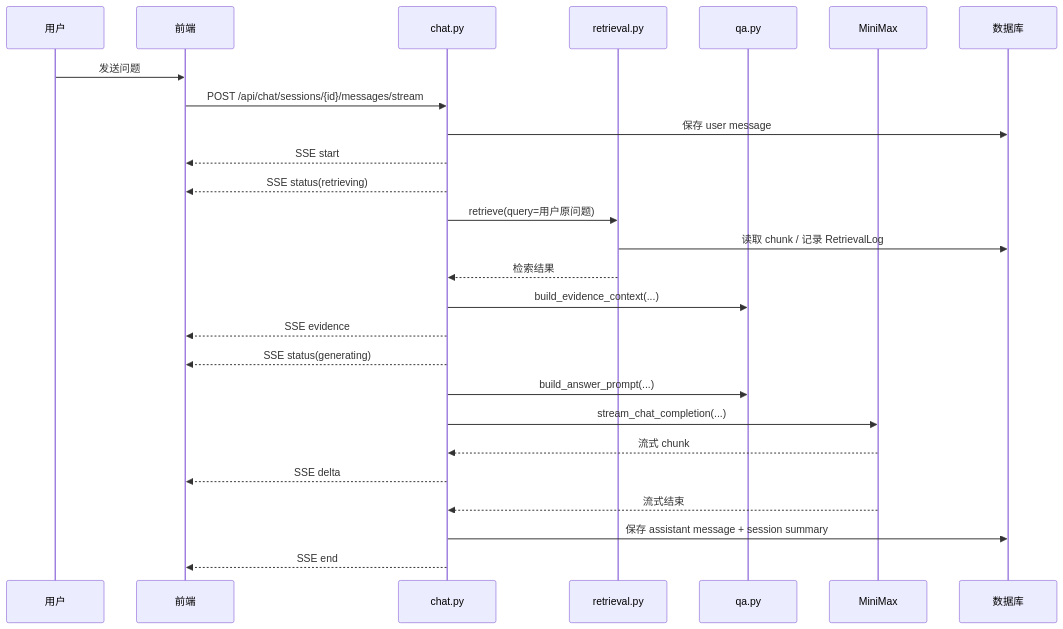
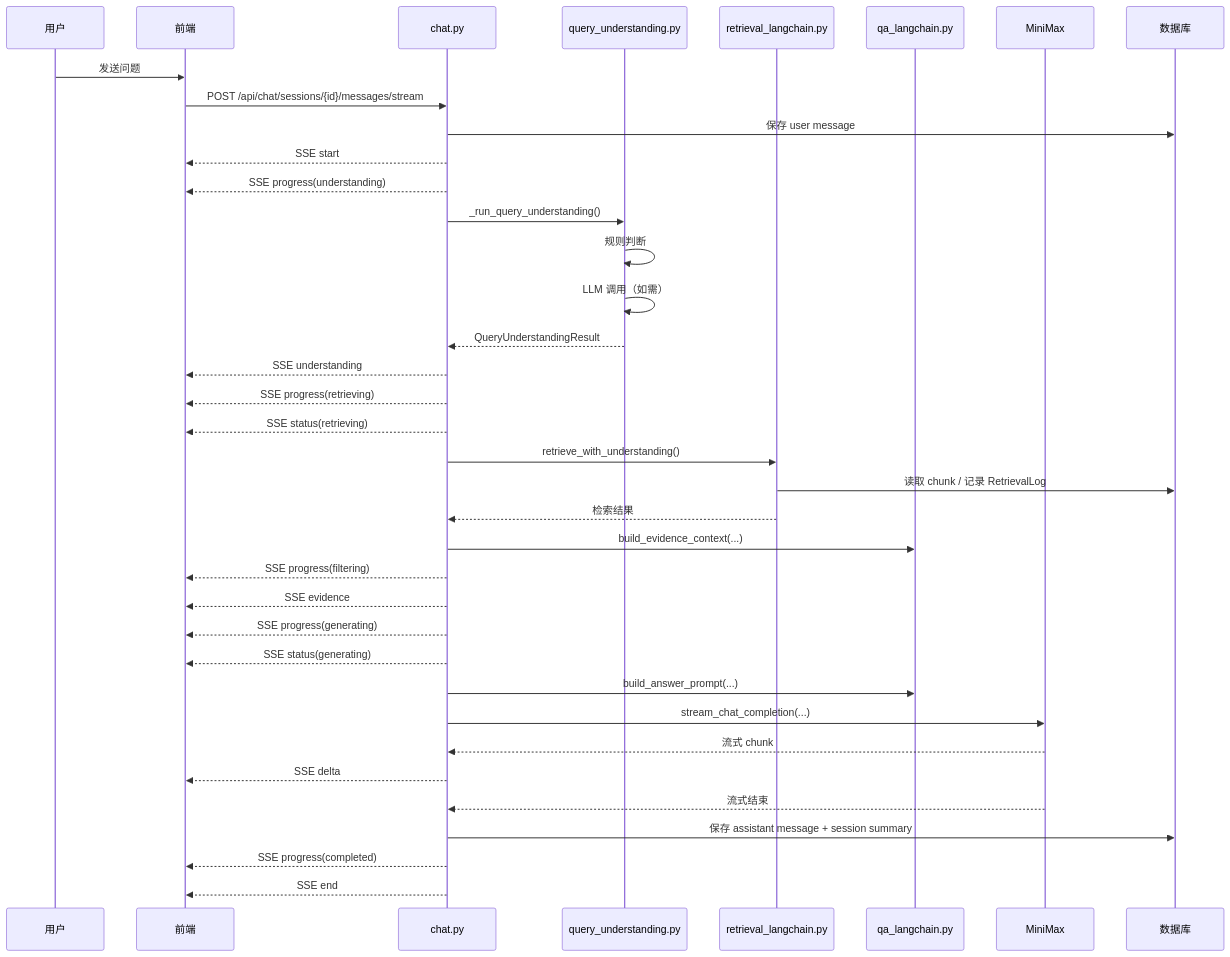
Before and after one commit to xiehuapeng/RAG: the second of 2 diagrams in knowledge_base_backend/智能问答逻辑详解.md, drawn with Mermaid. The commit also changed other lines of this file and 66 other files, not shown here.

````diff
--- a/knowledge_base_backend/智能问答逻辑详解.md
+++ b/knowledge_base_backend/智能问答逻辑详解.md
@@ -48,29 +49,40 @@
 ```mermaid
 sequenceDiagram
     participant U as 用户
     participant FE as 前端
     participant CHAT as chat.py
-    participant RET as retrieval.py
-    participant QA as qa.py
+    participant QU as query_understanding.py
+    participant RET as retrieval_langchain.py
+    participant QA as qa_langchain.py
     participant MM as MiniMax
     participant DB as 数据库
 
     U->>FE: 发送问题
     FE->>CHAT: POST /api/chat/sessions/{id}/messages/stream
     CHAT->>DB: 保存 user message
     CHAT-->>FE: SSE start
+    CHAT-->>FE: SSE progress(understanding)
+    CHAT->>QU: _run_query_understanding()
+    QU->>QU: 规则判断
+    QU->>QU: LLM 调用（如需）
+    QU-->>CHAT: QueryUnderstandingResult
+    CHAT-->>FE: SSE understanding
+    CHAT-->>FE: SSE progress(retrieving)
     CHAT-->>FE: SSE status(retrieving)
-    CHAT->>RET: retrieve(query=用户原问题)
+    CHAT->>RET: retrieve_with_understanding()
     RET->>DB: 读取 chunk / 记录 RetrievalLog
     RET-->>CHAT: 检索结果
     CHAT->>QA: build_evidence_context(...)
+    CHAT-->>FE: SSE progress(filtering)
     CHAT-->>FE: SSE evidence
+    CHAT-->>FE: SSE progress(generating)
     CHAT-->>FE: SSE status(generating)
     CHAT->>QA: build_answer_prompt(...)
     CHAT->>MM: stream_chat_completion(...)
     MM-->>CHAT: 流式 chunk
     CHAT-->>FE: SSE delta
     MM-->>CHAT: 流式结束
     CHAT->>DB: 保存 assistant message + session summary
+    CHAT-->>FE: SSE progress(completed)
     CHAT-->>FE: SSE end
 ```
````
